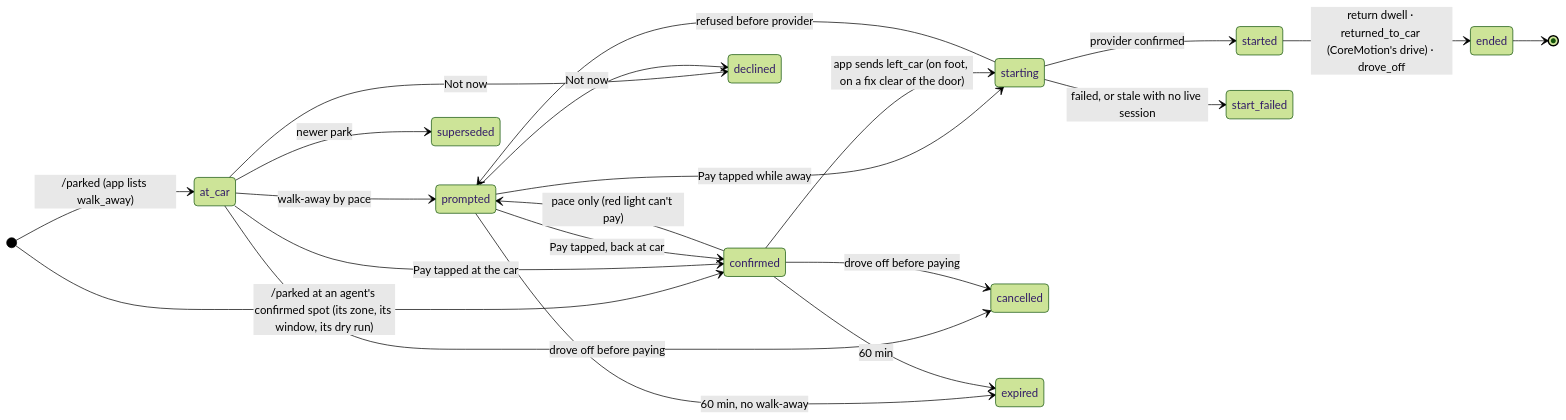
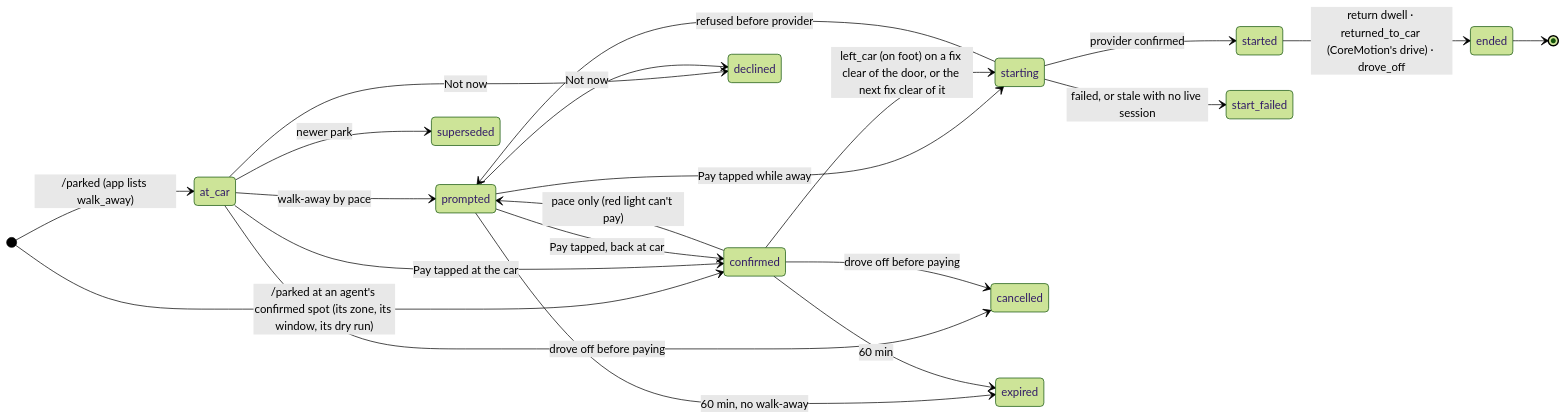
The second of 4 diagrams in docs/architecture.md (thomasbardhi01/parkagent), drawn with Mermaid (forest theme) before and after one commit. The commit also changed 14 other files, not shown here.

````diff
--- a/docs/architecture.md
+++ b/docs/architecture.md
@@ -104,24 +104,24 @@
 ```mermaid
 stateDiagram-v2
   direction LR
   [*] --> at_car: /parked (app lists walk_away)
   [*] --> confirmed: /parked at an agent's confirmed spot (its zone, its window, its dry run)
   at_car --> prompted: walk-away by pace
   at_car --> confirmed: Pay tapped at the car
   prompted --> confirmed: Pay tapped, back at car
   prompted --> starting: Pay tapped while away
-  confirmed --> starting: app sends left_car (on foot, on a fix clear of the door)
+  confirmed --> starting: left_car (on foot) on a fix clear of the door, or the next fix clear of it
   confirmed --> prompted: pace only (red light can't pay)
   starting --> started: provider confirmed
   starting --> start_failed: failed, or stale with no live session
   starting --> prompted: refused before provider
   started --> ended: return dwell · returned_to_car (CoreMotion's drive) · drove_off
   at_car --> declined: Not now
   prompted --> declined: Not now
   at_car --> cancelled: drove off before paying
   confirmed --> cancelled: drove off before paying
   at_car --> superseded: newer park
   prompted --> expired: 60 min, no walk-away
   confirmed --> expired: 60 min
   ended --> [*]
 ```
````
